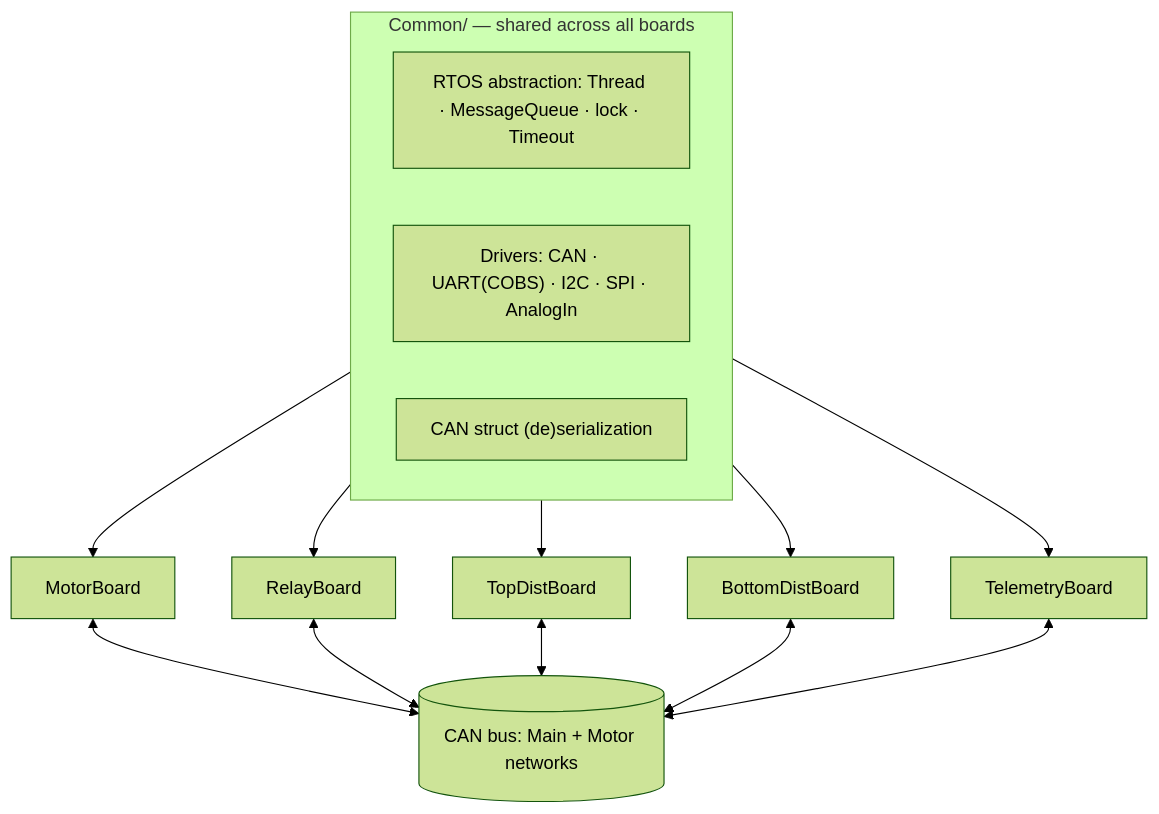
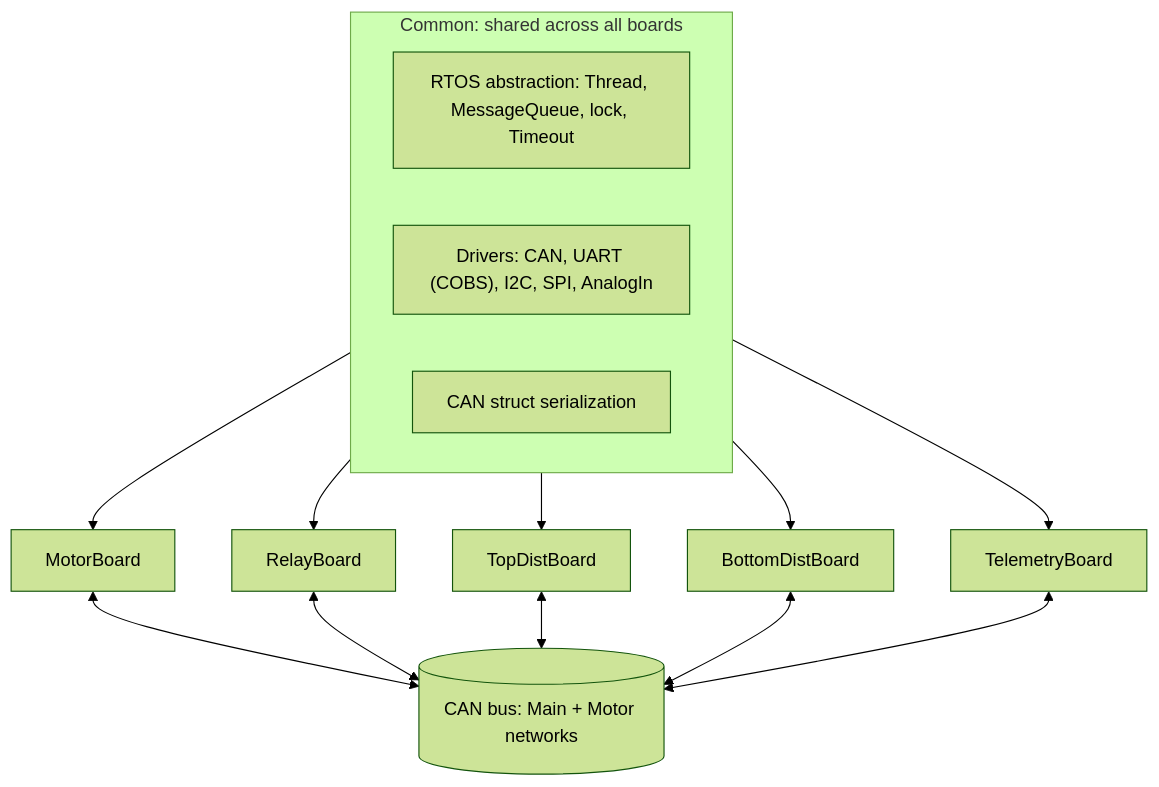
One commit to ethanmathias/portfolio changed the diagram in solarcar-Rivanna3S/README.md. Above: the diagram before and after it, drawn with Mermaid (forest theme). The commit also changed other lines of this file and 3 other files, not shown here.

````diff
--- a/solarcar-Rivanna3S/README.md
+++ b/solarcar-Rivanna3S/README.md
@@ -26,19 +26,19 @@
 ```mermaid
 flowchart TB
-    subgraph Shared["Common/ — shared across all boards"]
-        RTOS["RTOS abstraction: Thread · MessageQueue · lock · Timeout"]
-        Drv["Drivers: CAN · UART(COBS) · I2C · SPI · AnalogIn"]
-        Msg["CAN struct (de)serialization"]
+    subgraph Shared["Common: shared across all boards"]
+        RTOS["RTOS abstraction: Thread, MessageQueue, lock, Timeout"]
+        Drv["Drivers: CAN, UART (COBS), I2C, SPI, AnalogIn"]
+        Msg["CAN struct serialization"]
     end
     Motor[MotorBoard]
     Relay[RelayBoard]
     Top[TopDistBoard]
     Bottom[BottomDistBoard]
     Telem[TelemetryBoard]
     Shared --> Motor & Relay & Top & Bottom & Telem
     Motor <--> CAN[(CAN bus: Main + Motor networks)]
     Relay <--> CAN
     Top <--> CAN
     Bottom <--> CAN
     Telem <--> CAN
 ```
````
